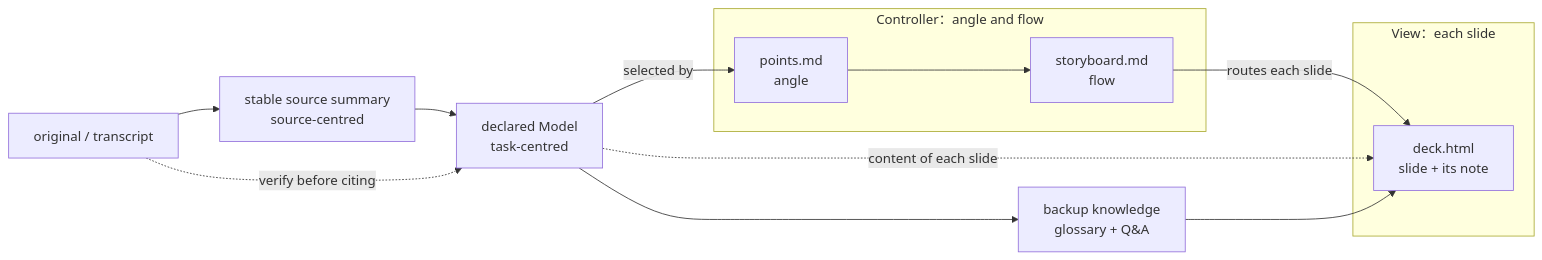
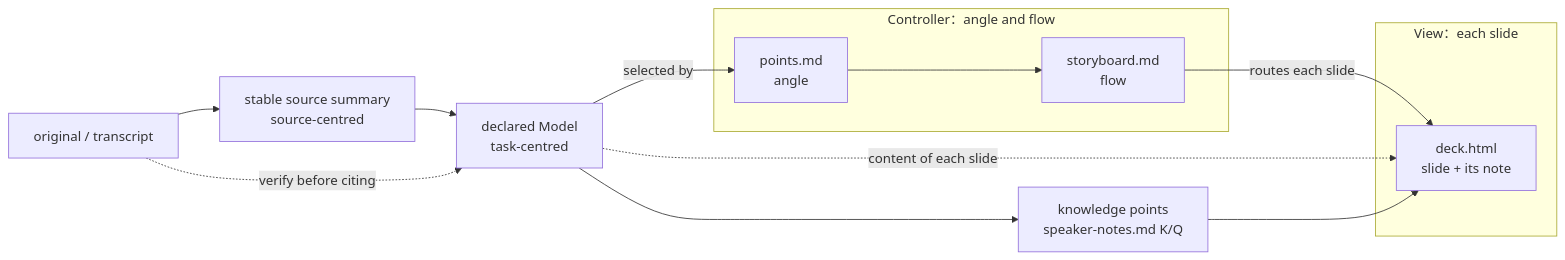
Before and after one commit to enstw/thesisbug2: the diagram in assets/templates/presentation/presentation-protocol.md, drawn with Mermaid. The commit also changed other lines of this file and 24 other files, not shown here.

````diff
--- a/assets/templates/presentation/presentation-protocol.md
+++ b/assets/templates/presentation/presentation-protocol.md
@@ -50,17 +50,17 @@
 ```mermaid
 flowchart LR
     R["original / transcript"] --> N["stable source summary<br>source-centred"]
     N --> M["declared Model<br>task-centred"]
     R -. "verify before citing" .-> M
-    M --> B["backup knowledge<br>glossary + Q&A"]
+    M --> B["knowledge points<br>speaker-notes.md K/Q"]
     subgraph C["Controller：angle and flow"]
         P["points.md<br>angle"] --> S["storyboard.md<br>flow"]
     end
     subgraph V["View：each slide"]
         K["deck.html<br>slide + its note"]
     end
     M -->|selected by| P
     S -->|routes each slide| K
     M -.->|content of each slide| K
     B --> K
 ```
````
